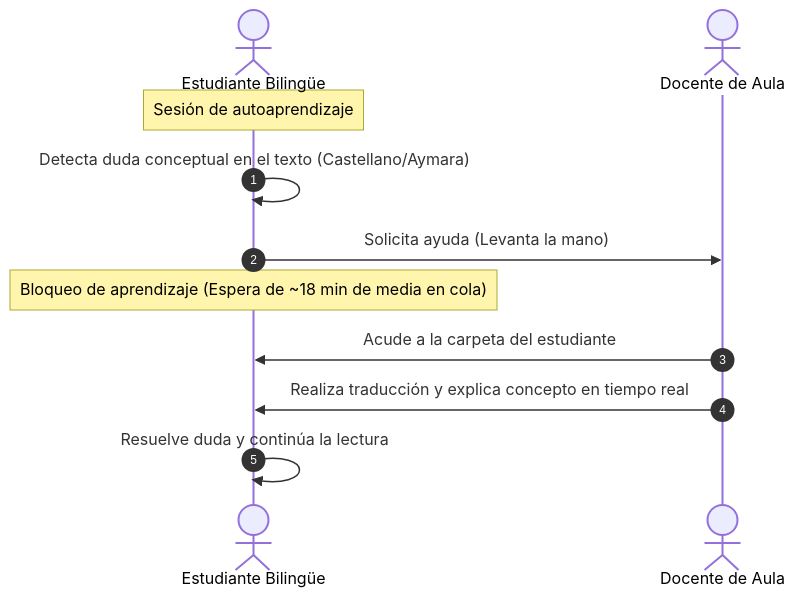
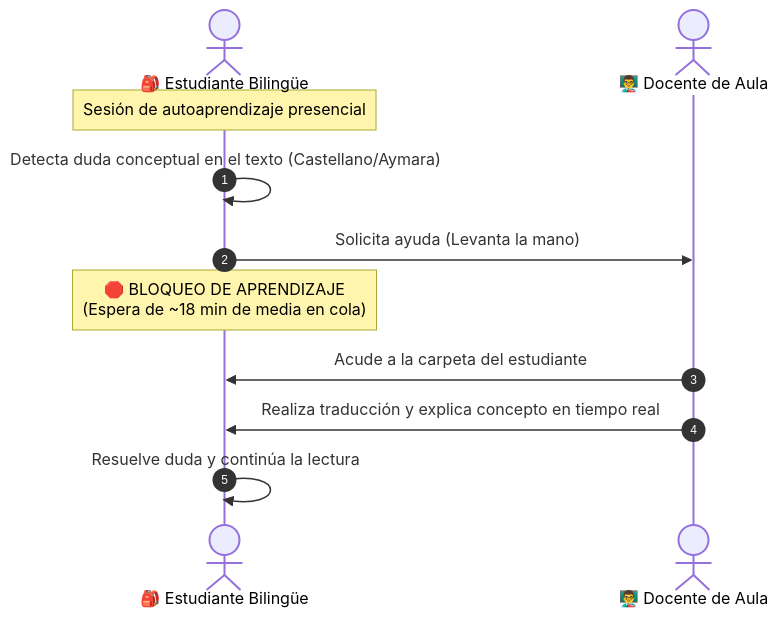
The first of 4 diagrams in docs/ChristianRafaelMamaniCallata/entregable4.md (jhanslarico11/Perfil-de-Egreso), drawn with Mermaid before and after one commit. The commit also changed other lines of this file and 4 other files, not shown here.

Commit message:
Personalización visual y estilización de los diagramas Mermaid

````diff
--- a/docs/ChristianRafaelMamaniCallata/entregable4.md
+++ b/docs/ChristianRafaelMamaniCallata/entregable4.md
@@ -100,14 +100,14 @@
 ```mermaid
 sequenceDiagram
     autonumber
-    actor Alumno as Estudiante Bilingüe
-    actor Docente as Docente de Aula
+    actor Alumno as 🎒 Estudiante Bilingüe
+    actor Docente as 👨‍🏫 Docente de Aula
     
-    Note over Alumno: Sesión de autoaprendizaje
+    Note over Alumno: Sesión de autoaprendizaje presencial
     Alumno ->> Alumno: Detecta duda conceptual en el texto (Castellano/Aymara)
     Alumno ->> Docente: Solicita ayuda (Levanta la mano)
-    Note over Alumno: Bloqueo de aprendizaje (Espera de ~18 min de media en cola)
+    Note over Alumno: 🛑 BLOQUEO DE APRENDIZAJE<br>(Espera de ~18 min de media en cola)
     Docente ->> Alumno: Acude a la carpeta del estudiante
     Docente ->> Alumno: Realiza traducción y explica concepto en tiempo real
     Alumno ->> Alumno: Resuelve duda y continúa la lectura
 ```
````
